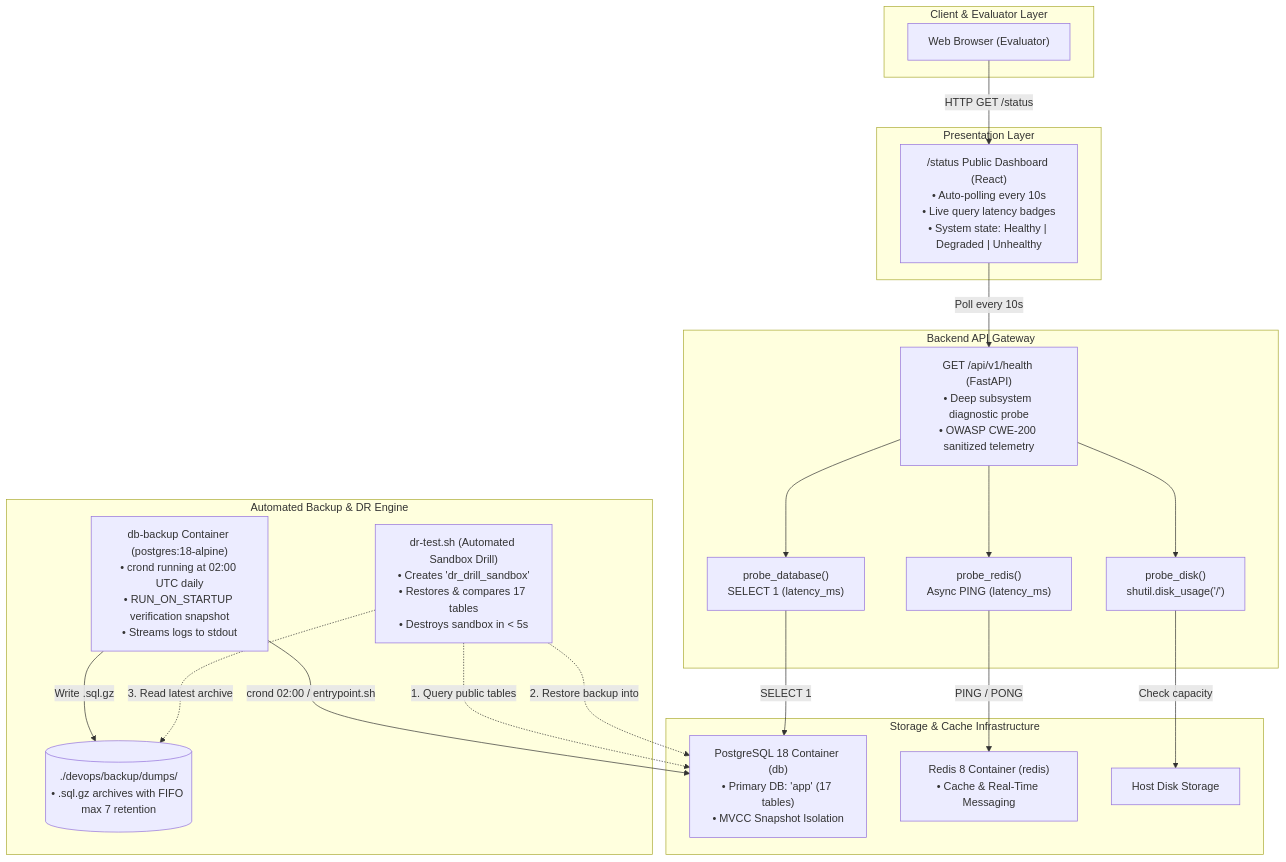
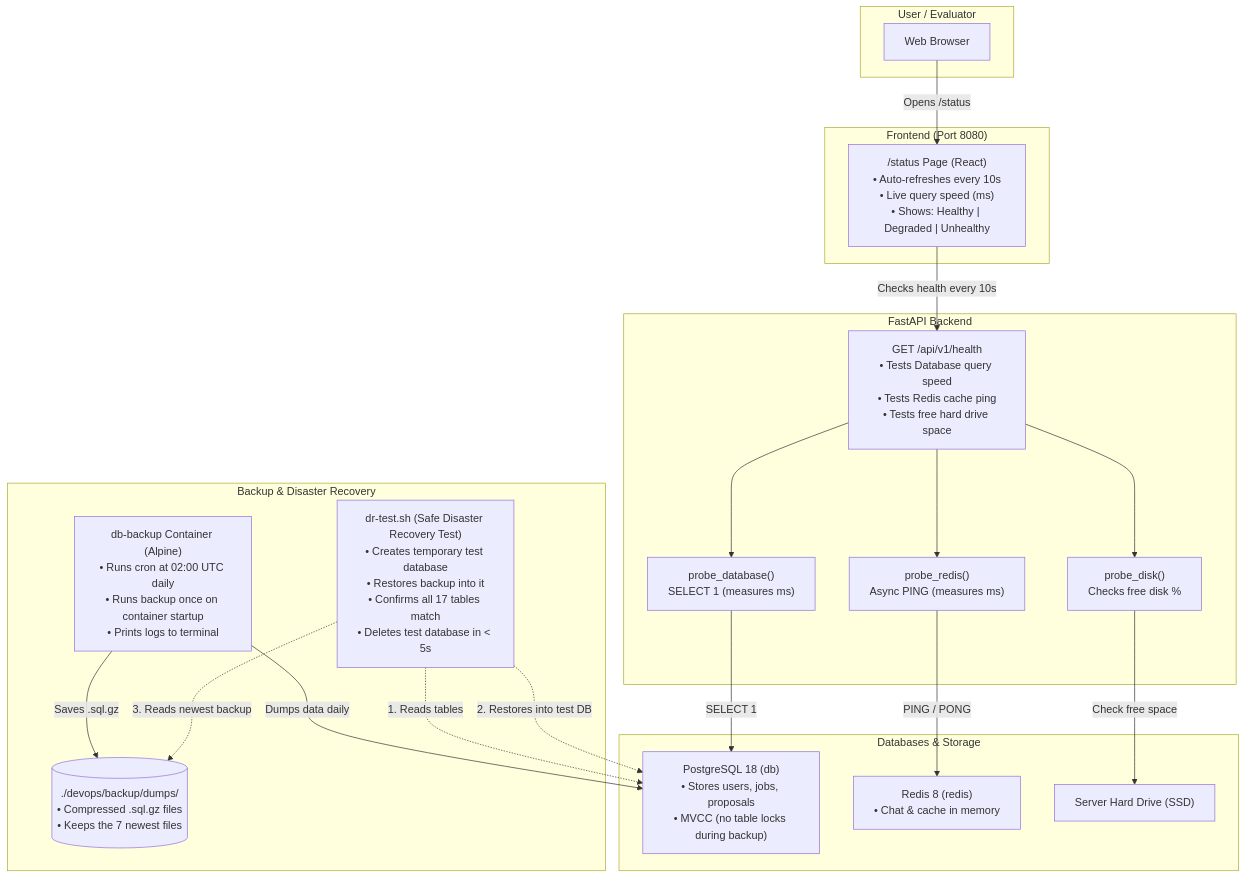
One commit to Skilio-org/Skilio changed the diagram in devops/docs/guides/05_backup_&_disaster_recovery.md. Above: the diagram before and after it, drawn with Mermaid. The commit also changed other lines of this file and 1 other file, not shown here.

Commit message:
docs: simplify backup and disaster recovery guide terminology and formatting

````diff
--- a/devops/docs/guides/05_backup_&_disaster_recovery.md
+++ b/devops/docs/guides/05_backup_&_disaster_recovery.md
@@ -18,45 +18,45 @@
 ```mermaid
 flowchart TD
-    subgraph ClientLayer["Client & Evaluator Layer"]
-        Browser["Web Browser (Evaluator)"]
+    subgraph ClientLayer["User / Evaluator"]
+        Browser["Web Browser"]
     end
 
-    subgraph PresentationLayer["Presentation Layer"]
-        StatusUI["/status Public Dashboard (React)\n• Auto-polling every 10s\n• Live query latency badges\n• System state: Healthy | Degraded | Unhealthy"]
+    subgraph PresentationLayer["Frontend (Port 8080)"]
+        StatusUI["/status Page (React)\n• Auto-refreshes every 10s\n• Live query speed (ms)\n• Shows: Healthy | Degraded | Unhealthy"]
     end
 
-    subgraph APILayer["Backend API Gateway"]
-        HealthEndpoint["GET /api/v1/health (FastAPI)\n• Deep subsystem diagnostic probe\n• OWASP CWE-200 sanitized telemetry"]
-        ProbeDB["probe_database()\nSELECT 1 (latency_ms)"]
-        ProbeRedis["probe_redis()\nAsync PING (latency_ms)"]
-        ProbeDisk["probe_disk()\nshutil.disk_usage('/')"]
+    subgraph BackendLayer["FastAPI Backend"]
+        HealthEndpoint["GET /api/v1/health\n• Tests Database query speed\n• Tests Redis cache ping\n• Tests free hard drive space"]
+        ProbeDB["probe_database()\nSELECT 1 (measures ms)"]
+        ProbeRedis["probe_redis()\nAsync PING (measures ms)"]
+        ProbeDisk["probe_disk()\nChecks free disk %"]
     end
 
-    subgraph DataLayer["Storage & Cache Infrastructure"]
-        Postgres["PostgreSQL 18 Container (db)\n• Primary DB: 'app' (17 tables)\n• MVCC Snapshot Isolation"]
-        Redis["Redis 8 Container (redis)\n• Cache & Real-Time Messaging"]
-        Storage["Host Disk Storage"]
+    subgraph DataLayer["Databases & Storage"]
+        Postgres["PostgreSQL 18 (db)\n• Stores users, jobs, proposals\n• MVCC (no table locks during backup)"]
+        Redis["Redis 8 (redis)\n• Chat & cache in memory"]
+        Storage["Server Hard Drive (SSD)"]
     end
 
-    subgraph DevOpsLayer["Automated Backup & DR Engine"]
-        BackupDaemon["db-backup Container (postgres:18-alpine)\n• crond running at 02:00 UTC daily\n• RUN_ON_STARTUP verification snapshot\n• Streams logs to stdout"]
-        DumpsVolume[("./devops/backup/dumps/\n• .sql.gz archives with FIFO max 7 retention")]
-        Drill["dr-test.sh (Automated Sandbox Drill)\n• Creates 'dr_drill_sandbox'\n• Restores & compares 17 tables\n• Destroys sandbox in < 5s"]
+    subgraph BackupLayer["Backup & Disaster Recovery"]
+        BackupDaemon["db-backup Container (Alpine)\n• Runs cron at 02:00 UTC daily\n• Runs backup once on container startup\n• Prints logs to terminal"]
+        DumpsVolume[("./devops/backup/dumps/\n• Compressed .sql.gz files\n• Keeps the 7 newest files")]
+        Drill["dr-test.sh (Safe Disaster Recovery Test)\n• Creates temporary test database\n• Restores backup into it\n• Confirms all 17 tables match\n• Deletes test database in < 5s"]
     end
 
-    Browser -->|HTTP GET /status| StatusUI
-    StatusUI -->|Poll every 10s| HealthEndpoint
+    Browser -->|Opens /status| StatusUI
+    StatusUI -->|Checks health every 10s| HealthEndpoint
     HealthEndpoint --> ProbeDB
     HealthEndpoint --> ProbeRedis
     HealthEndpoint --> ProbeDisk
 
     ProbeDB -->|SELECT 1| Postgres
     ProbeRedis -->|PING / PONG| Redis
-    ProbeDisk -->|Check capacity| Storage
+    ProbeDisk -->|Check free space| Storage
 
-    BackupDaemon -->|crond 02:00 / entrypoint.sh| Postgres
-    BackupDaemon -->|Write .sql.gz| DumpsVolume
-    Drill -.->|1. Query public tables| Postgres
-    Drill -.->|2. Restore backup into| Postgres
-    Drill -.->|3. Read latest archive| DumpsVolume
+    BackupDaemon -->|Dumps data daily| Postgres
+    BackupDaemon -->|Saves .sql.gz| DumpsVolume
+    Drill -.->|1. Reads tables| Postgres
+    Drill -.->|2. Restores into test DB| Postgres
+    Drill -.->|3. Reads newest backup| DumpsVolume
 ```
````
